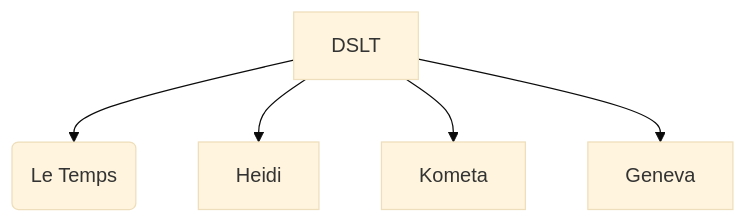
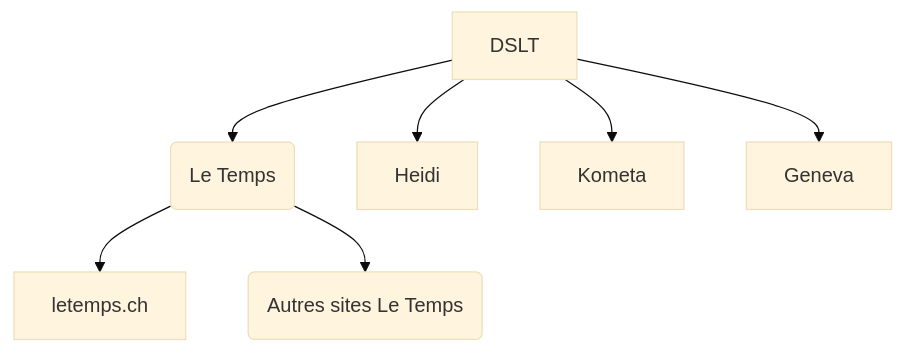
One commit to noesya/dslt changed the first of 2 diagrams in content/docs/architecture.md. Above: the diagram before and after it, drawn with Mermaid (base theme). The commit also changed other lines of this file, not shown here.

````diff
--- a/content/docs/architecture.md
+++ b/content/docs/architecture.md
@@ -22,7 +24,9 @@
 ```mermaid
 graph TD;
     DSLT-->LT(Le Temps);
     DSLT-->Heidi;
     DSLT-->Kometa;
     DSLT-->Geneva;
+    LT-->letemps.ch;
+    LT-->LTs(Autres sites Le Temps);
 ```
````
